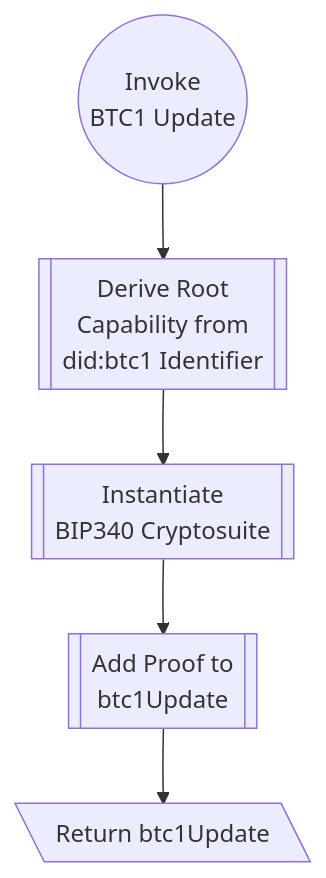
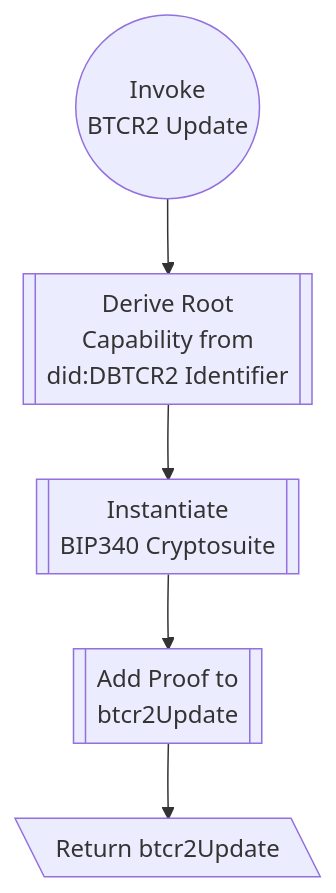
One commit to jintekc/website-btcr2-dev changed the eighth of 9 diagrams in docs/diagrams.md. Above: the diagram before and after it, drawn with Mermaid. The commit also changed other lines of this file and 20 other files, not shown here.

````diff
--- a/docs/diagrams.md
+++ b/docs/diagrams.md
@@ -235,7 +235,7 @@
 ```mermaid
 flowchart TD
-    Start@{shape: circle, label: Invoke<br>BTC1 Update} --> DeriveZCap@{shape: subproc, label: Derive Root<br>Capability from<br>did:btc1 Identifier}
+    Start@{shape: circle, label: Invoke<br>BTCR2 Update} --> DeriveZCap@{shape: subproc, label: Derive Root<br>Capability from<br>did:DBTCR2 Identifier}
     DeriveZCap --> InstantiateCryptosuite@{shape: subproc, label: Instantiate<br>BIP340 Cryptosuite}
-    InstantiateCryptosuite --> AddProof@{shape: subproc, label: Add Proof to<br>btc1Update}
-    AddProof --> Return@{shape: lean-l, label: Return btc1Update}
+    InstantiateCryptosuite --> AddProof@{shape: subproc, label: Add Proof to<br>btcr2Update}
+    AddProof --> Return@{shape: lean-l, label: Return btcr2Update}
 ```
````
